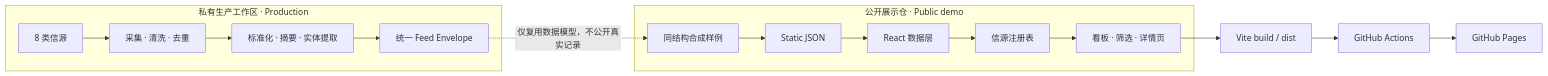
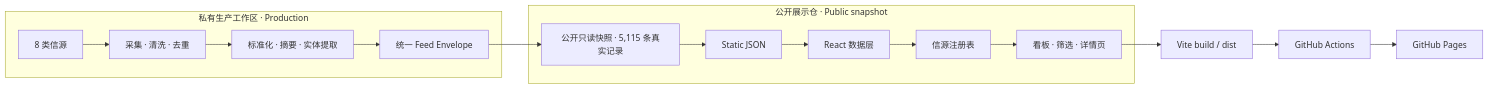
The diagram in README.md (demurge-philia093/game-industry-intelligence-radar), drawn with Mermaid before and after one commit. The commit also changed other lines of this file and 90 other files, not shown here.

````diff
--- a/README.md
+++ b/README.md
@@ -28,21 +28,21 @@
 ```mermaid
 flowchart LR
   subgraph PROD["私有生产工作区 · Production"]
     A["8 类信源"] --> B["采集 · 清洗 · 去重"]
     B --> C["标准化 · 摘要 · 实体提取"]
     C --> D["统一 Feed Envelope"]
   end
 
-  D -. "仅复用数据模型，不公开真实记录" .-> E["同结构合成样例"]
+  D --> E["公开只读快照 · 5,115 条真实记录"]
 
-  subgraph PUBLIC["公开展示仓 · Public demo"]
+  subgraph PUBLIC["公开展示仓 · Public snapshot"]
     E --> F["Static JSON"]
     F --> G["React 数据层"]
     G --> H["信源注册表"]
     H --> I["看板 · 筛选 · 详情页"]
   end
 
   I --> J["Vite build / dist"]
   J --> K["GitHub Actions"]
   K --> L["GitHub Pages"]
 ```
````
